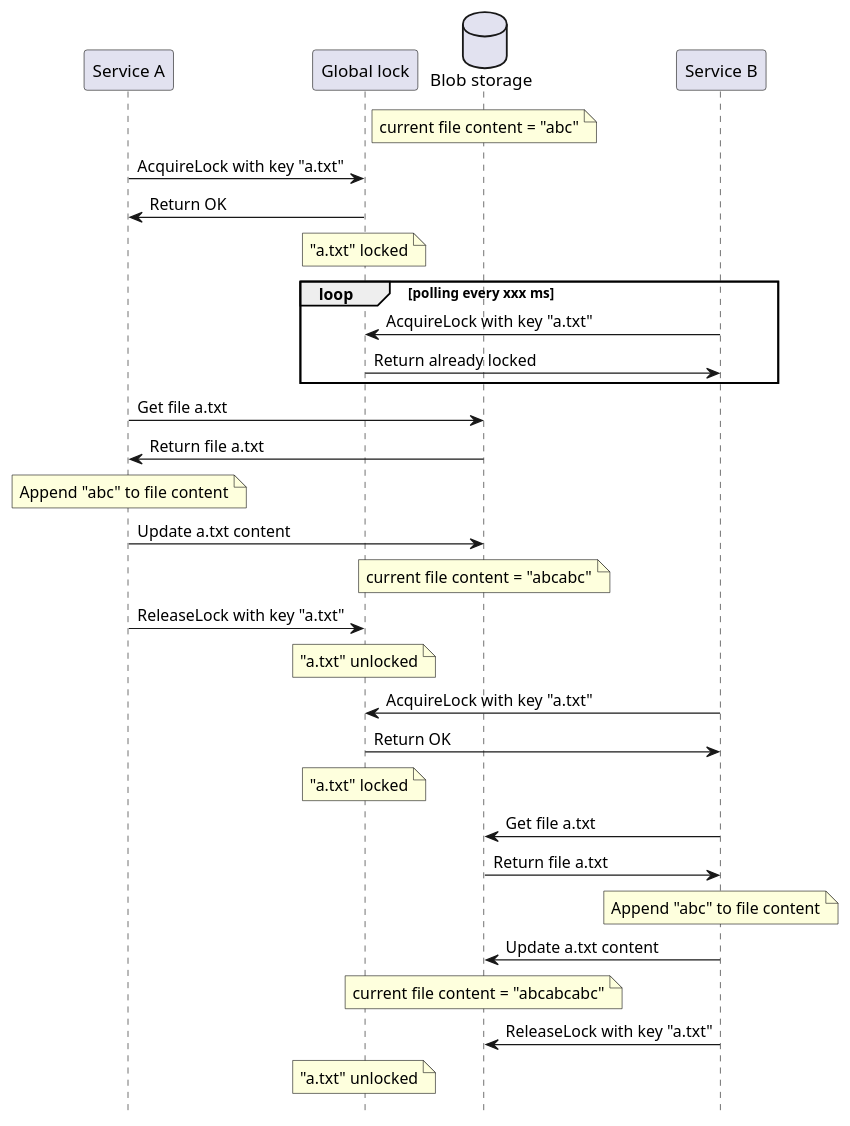
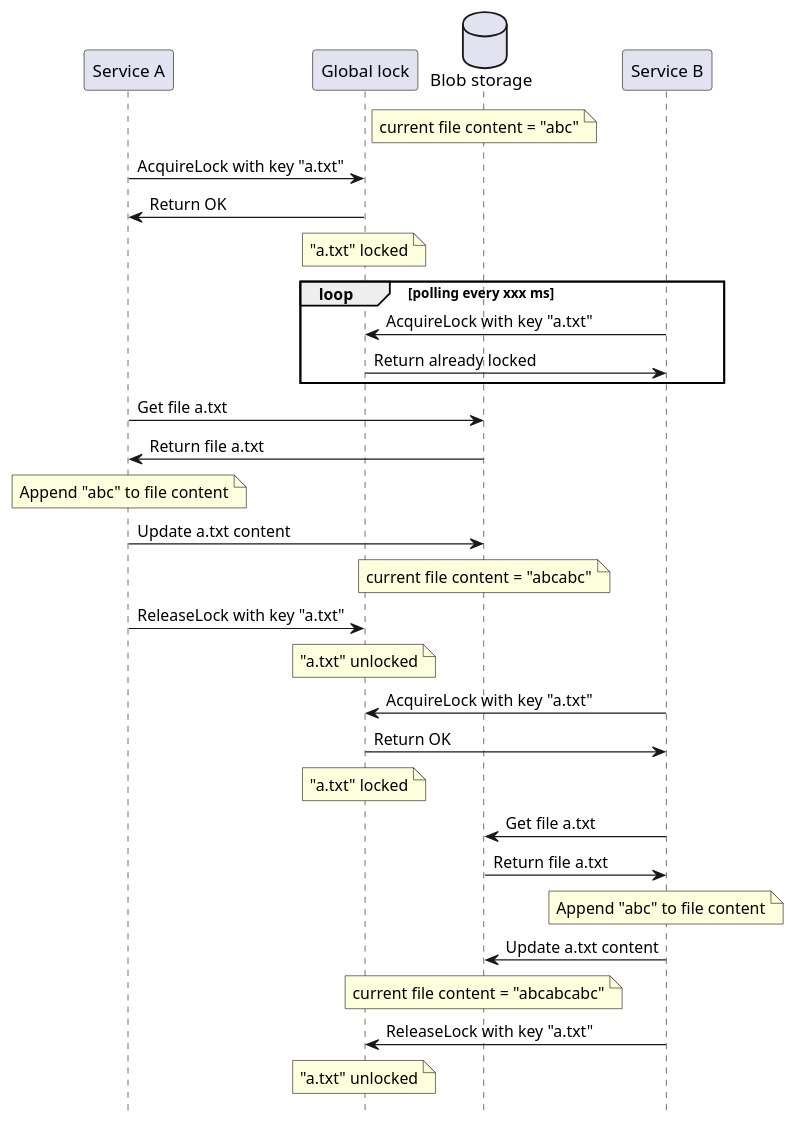
Before and after one commit to NestZ/nestz.dev: the third of 3 diagrams in docs/microservices/distributed-locking.md, drawn with PlantUML.

Commit message:
fix: seq diagram

````diff
--- a/docs/microservices/distributed-locking.md
+++ b/docs/microservices/distributed-locking.md
@@ -60,42 +60,42 @@
 ```plantuml
 hide footbox
 hide footbox
 participant "Service A"
 participant "Global lock"
 database "Blob storage"
 participant "Service B"
 note over "Blob storage" : current file content = "abc"
 "Service A" -> "Global lock" : AcquireLock with key "a.txt"
 "Service A" <- "Global lock" : Return OK
 note over "Global lock" : "a.txt" locked
 
 loop polling every xxx ms
 "Global lock" <- "Service B" : AcquireLock with key "a.txt"
 "Global lock" -> "Service B" : Return already locked
 end
 
 "Service A" -> "Blob storage" : Get file a.txt
 "Blob storage" -> "Service A" : Return file a.txt
 
 note over "Service A" : Append "abc" to file content
 "Service A" -> "Blob storage" : Update a.txt content
 note over "Blob storage" : current file content = "abcabc"
 
 "Service A" -> "Global lock" : ReleaseLock with key "a.txt"
 note over "Global lock" : "a.txt" unlocked
 
 "Global lock" <- "Service B" : AcquireLock with key "a.txt"
 "Global lock" -> "Service B" : Return OK
 
 note over "Global lock" : "a.txt" locked
 
 "Blob storage" <- "Service B" : Get file a.txt
 "Blob storage" -> "Service B" : Return file a.txt
 
 note over "Service B" : Append "abc" to file content
 "Blob storage" <- "Service B" : Update a.txt content
 note over "Blob storage" : current file content = "abcabcabc"
 
-"Blob storage" <- "Service B" : ReleaseLock with key "a.txt"
+"Global lock" <- "Service B" : ReleaseLock with key "a.txt"
 note over "Global lock" : "a.txt" unlocked
 ```
````
